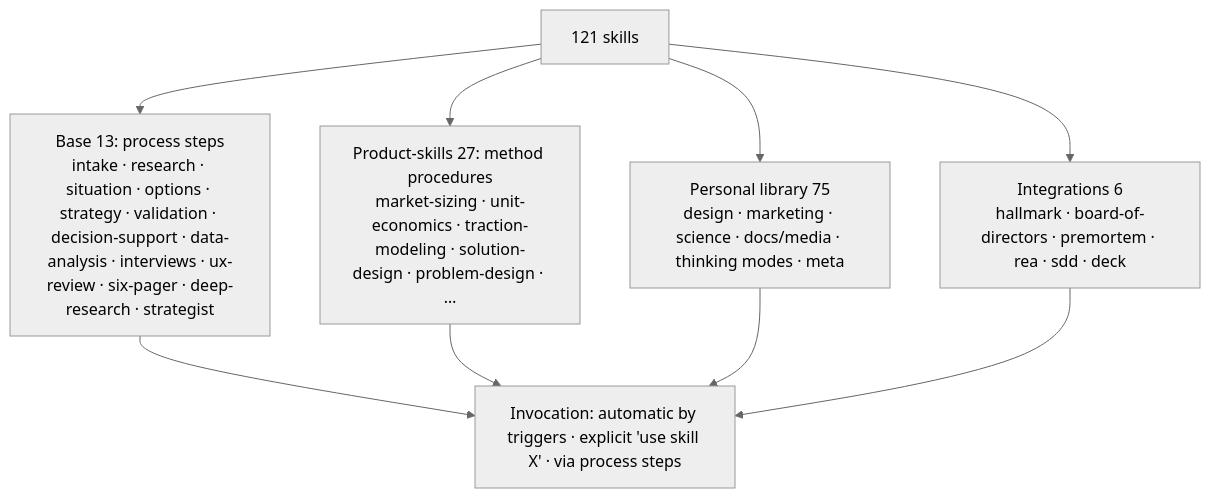
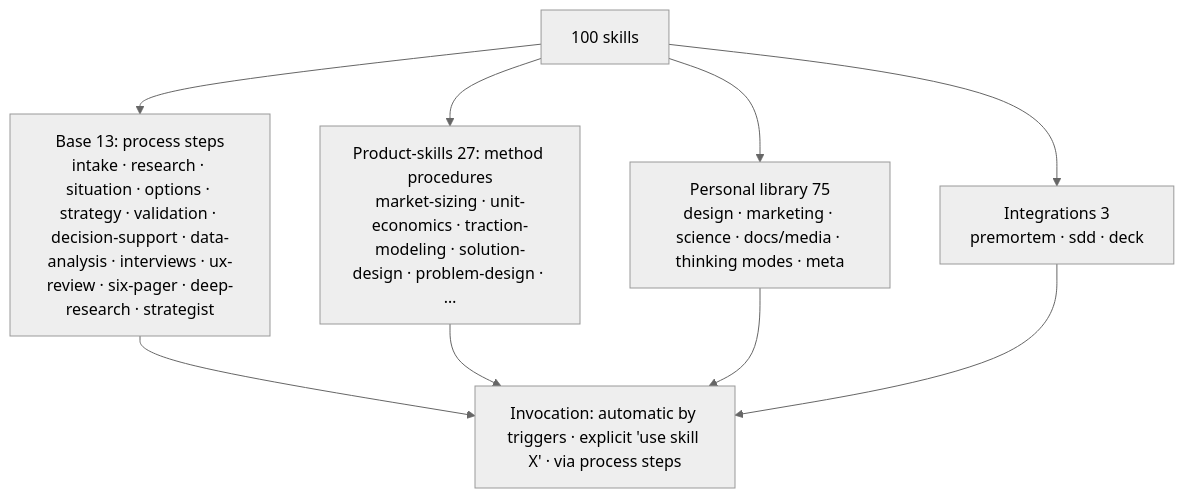
Before and after one commit to Fighter90/product-factory-strategist: the third of 4 diagrams in README_EN.md, drawn with Mermaid (neutral theme). The commit also changed other lines of this file and 347 other files, not shown here.

````diff
--- a/README_EN.md
+++ b/README_EN.md
@@ -155,8 +155,8 @@
 ```mermaid
 flowchart TB
-  SK["121 skills"] --> B["Base 13: process steps<br/>intake · research · situation · options · strategy · validation · decision-support · data-analysis · interviews · ux-review · six-pager · deep-research · strategist"]
+  SK["100 skills"] --> B["Base 13: process steps<br/>intake · research · situation · options · strategy · validation · decision-support · data-analysis · interviews · ux-review · six-pager · deep-research · strategist"]
   SK --> P["Product-skills 27: method procedures<br/>market-sizing · unit-economics · traction-modeling · solution-design · problem-design · …"]
   SK --> L["Personal library 75<br/>design · marketing · science · docs/media · thinking modes · meta"]
-  SK --> INT["Integrations 6<br/>hallmark · board-of-directors · premortem · rea · sdd · deck"]
+  SK --> INT["Integrations 3<br/>premortem · sdd · deck"]
   B & P & L & INT --> INV["Invocation: automatic by triggers · explicit 'use skill X' · via process steps"]
 ```
````
